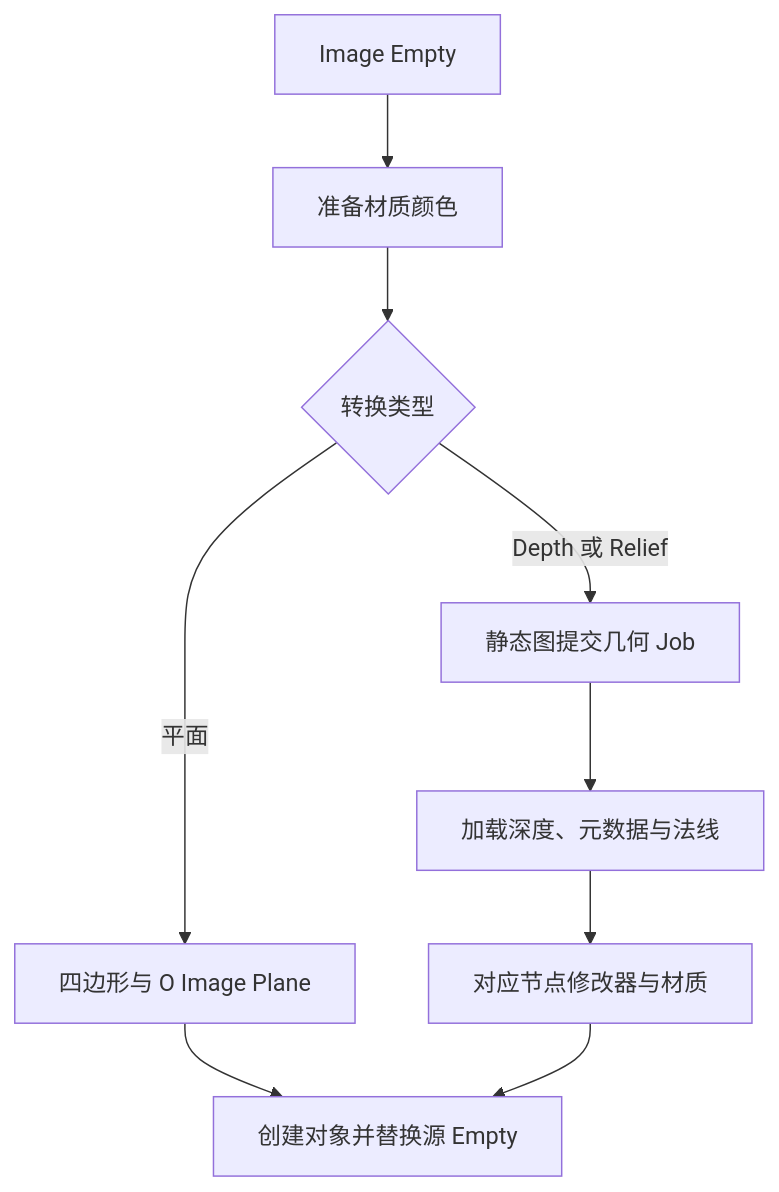
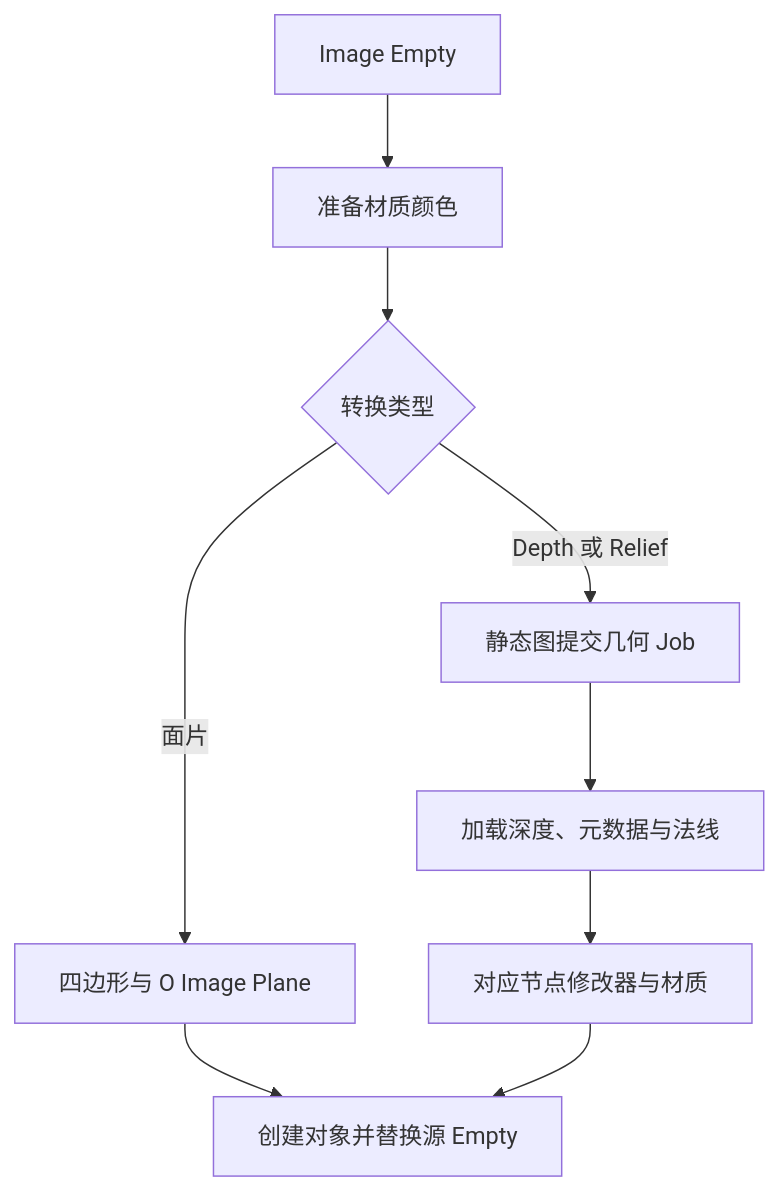
One commit to OmooLab/AnyImage changed the diagram in docs/develop/operators/convert-to-plane.md. Above: the diagram before and after it, drawn with Mermaid. The commit also changed other lines of this file and 43 other files, not shown here.

````diff
--- a/docs/develop/operators/convert-to-plane.md
+++ b/docs/develop/operators/convert-to-plane.md
@@ -5,11 +5,11 @@
 ```mermaid
 flowchart TD
     A[Image Empty] --> B[准备材质颜色]
     B --> C{转换类型}
-    C -- 平面 --> D[四边形与 O Image Plane]
+    C -- 面片 --> D[四边形与 O Image Plane]
     C -- Depth 或 Relief --> E[静态图提交几何 Job]
     E --> F[加载深度、元数据与法线]
     F --> G[对应节点修改器与材质]
     D --> H[创建对象并替换源 Empty]
     G --> H
 ```
````
